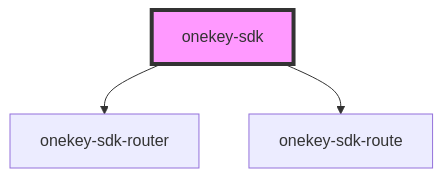
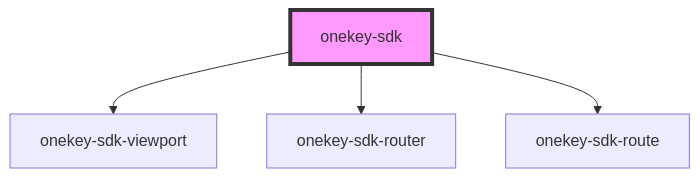
One commit to hcl-sdk/HealthCareLocatorWebSDK changed the diagram in packages/onekey-sdk-core-ui/docs/components/screens/onekey-sdk/readme.md. Above: the diagram before and after it, drawn with Mermaid. The commit also changed other lines of this file and 22 other files, not shown here.

````diff
--- a/packages/onekey-sdk-core-ui/docs/components/screens/onekey-sdk/readme.md
+++ b/packages/onekey-sdk-core-ui/docs/components/screens/onekey-sdk/readme.md
@@ -23,6 +24,7 @@
 ```mermaid
 graph TD;
+  onekey-sdk --> onekey-sdk-viewport
   onekey-sdk --> onekey-sdk-router
   onekey-sdk --> onekey-sdk-route
   style onekey-sdk fill:#f9f,stroke:#333,stroke-width:4px
 ```
````
